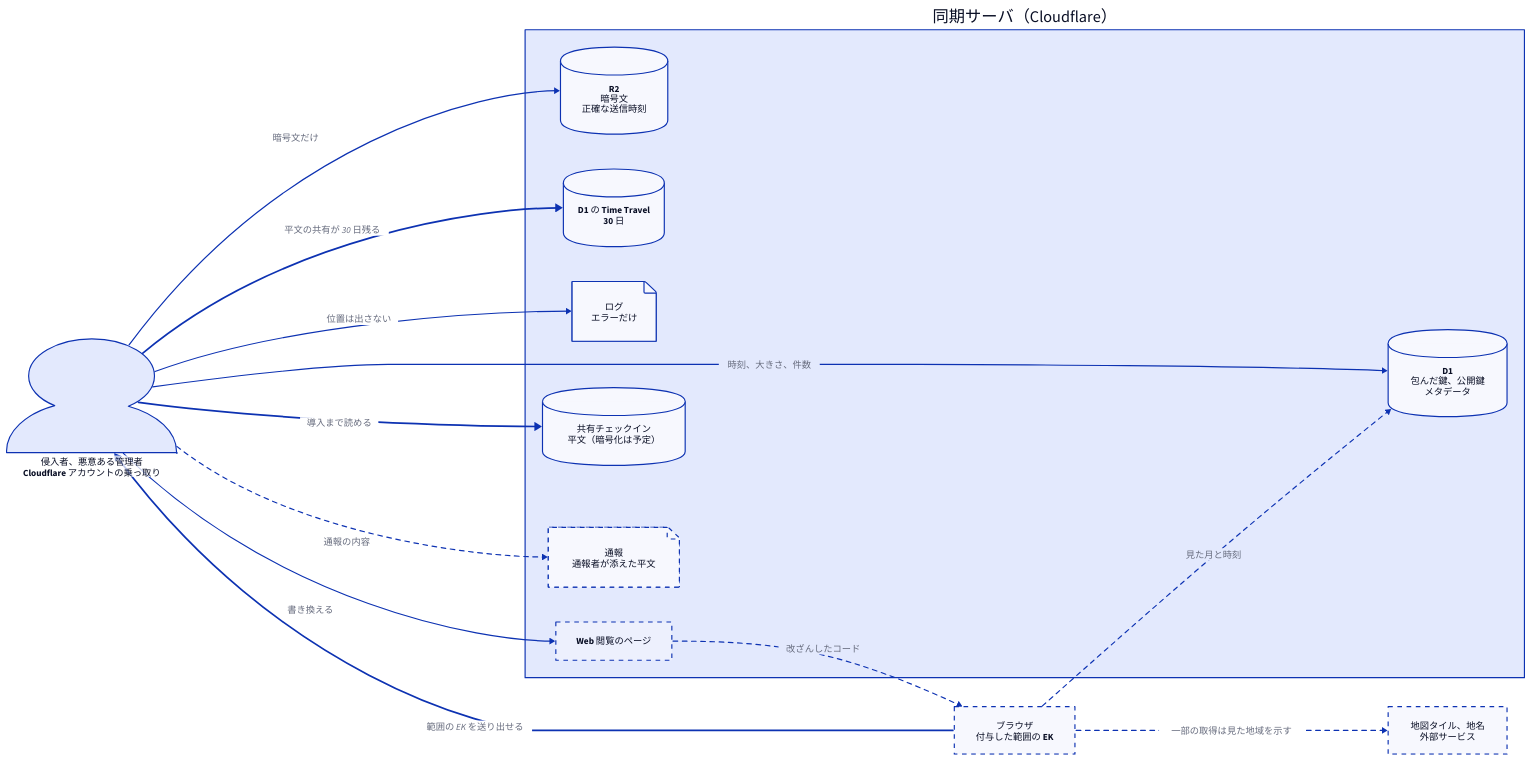
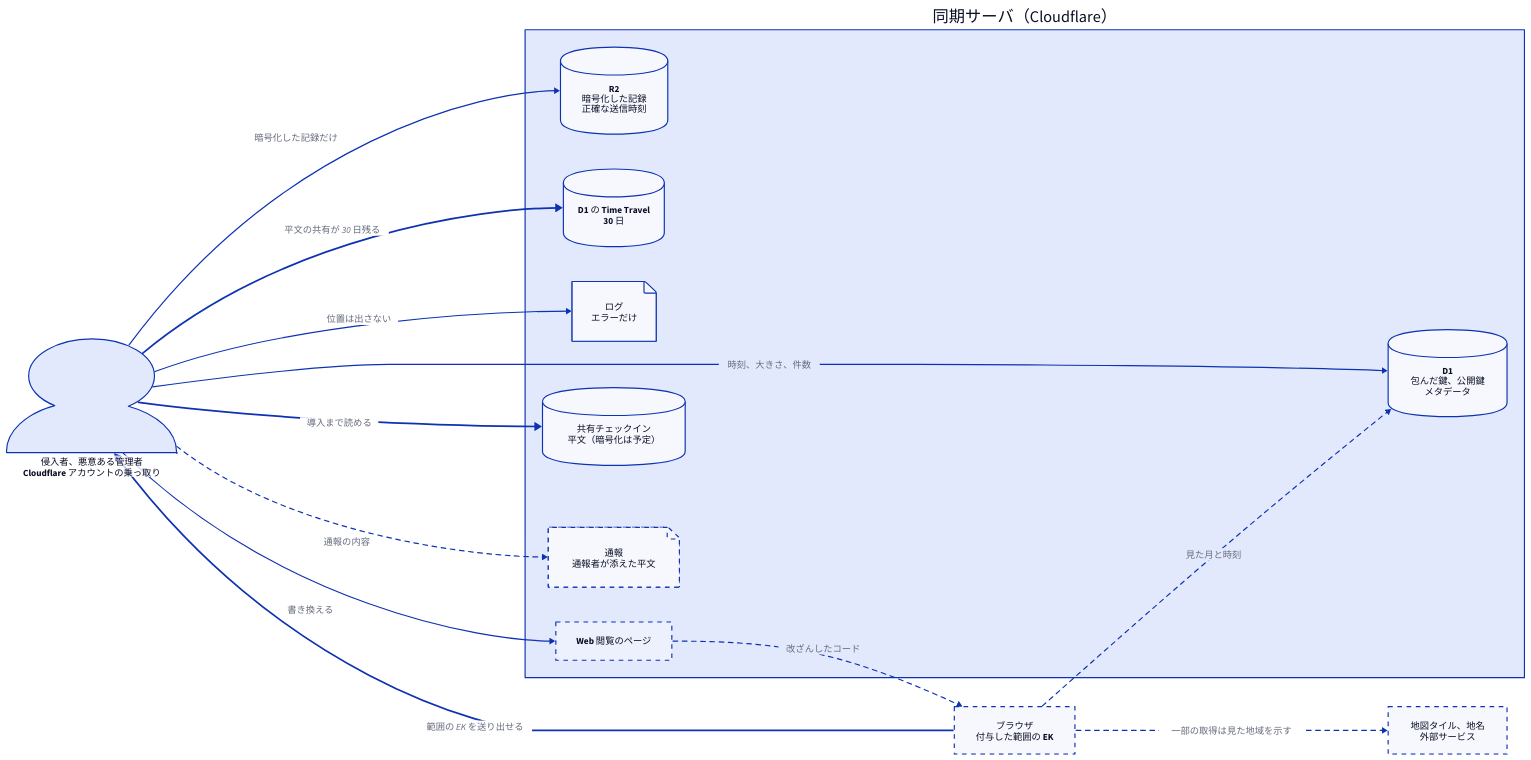
One commit to sksat/ashidori changed the diagram in docs/diagrams/key-leak-paths.d2. Above: the diagram before and after it, drawn with D2. The commit also changed 26 other files, not shown here.

```diff
--- a/docs/diagrams/key-leak-paths.d2
+++ b/docs/diagrams/key-leak-paths.d2
@@ -1,35 +1,35 @@
 # サーバ側からの漏洩経路（docs/design/key-hierarchy.md）
 # 太線は記録の内容が出る経路、破線は条件付きの経路を表す。
 direction: right
 
 classes: {
   leak: {style.stroke-width: 3}
   maybe: {style.stroke-dash: 4}
 }
 
 attacker: "侵入者、悪意ある管理者\nCloudflare アカウントの乗っ取り" {shape: person}
 
 server: 同期サーバ（Cloudflare） {
   d1: "D1\n包んだ鍵、公開鍵\nメタデータ" {shape: cylinder}
-  r2: "R2\n暗号文\n正確な送信時刻" {shape: cylinder}
+  r2: "R2\n暗号化した記録\n正確な送信時刻" {shape: cylinder}
   backup: "D1 の Time Travel\n30 日" {shape: cylinder}
   logs: "ログ\nエラーだけ" {shape: page}
   page: "Web 閲覧のページ" {class: maybe}
   shared: "共有チェックイン\n平文（暗号化は予定）" {shape: cylinder}
   reports: "通報\n通報者が添えた平文" {shape: page; class: maybe}
 }
 
 browser: "ブラウザ\n付与した範囲の EK" {class: maybe}
 tiles: "地図タイル、地名\n外部サービス" {class: maybe}
 
 attacker -> server.d1: "時刻、大きさ、件数"
-attacker -> server.r2: "暗号文だけ"
+attacker -> server.r2: "暗号化した記録だけ"
 attacker -> server.logs: "位置は出さない"
 attacker -> server.page: 書き換える
 server.page -> browser: 改ざんしたコード {class: maybe}
 browser -> attacker: "範囲の EK を送り出せる" {class: leak}
 browser -> server.d1: "見た月と時刻" {class: maybe}
 attacker -> server.shared: "導入まで読める" {class: leak}
 attacker -> server.backup: "平文の共有が 30 日残る" {class: leak}
 attacker -> server.reports: "通報の内容" {class: maybe}
 browser -> tiles: "一部の取得は見た地域を示す" {class: maybe}
```
